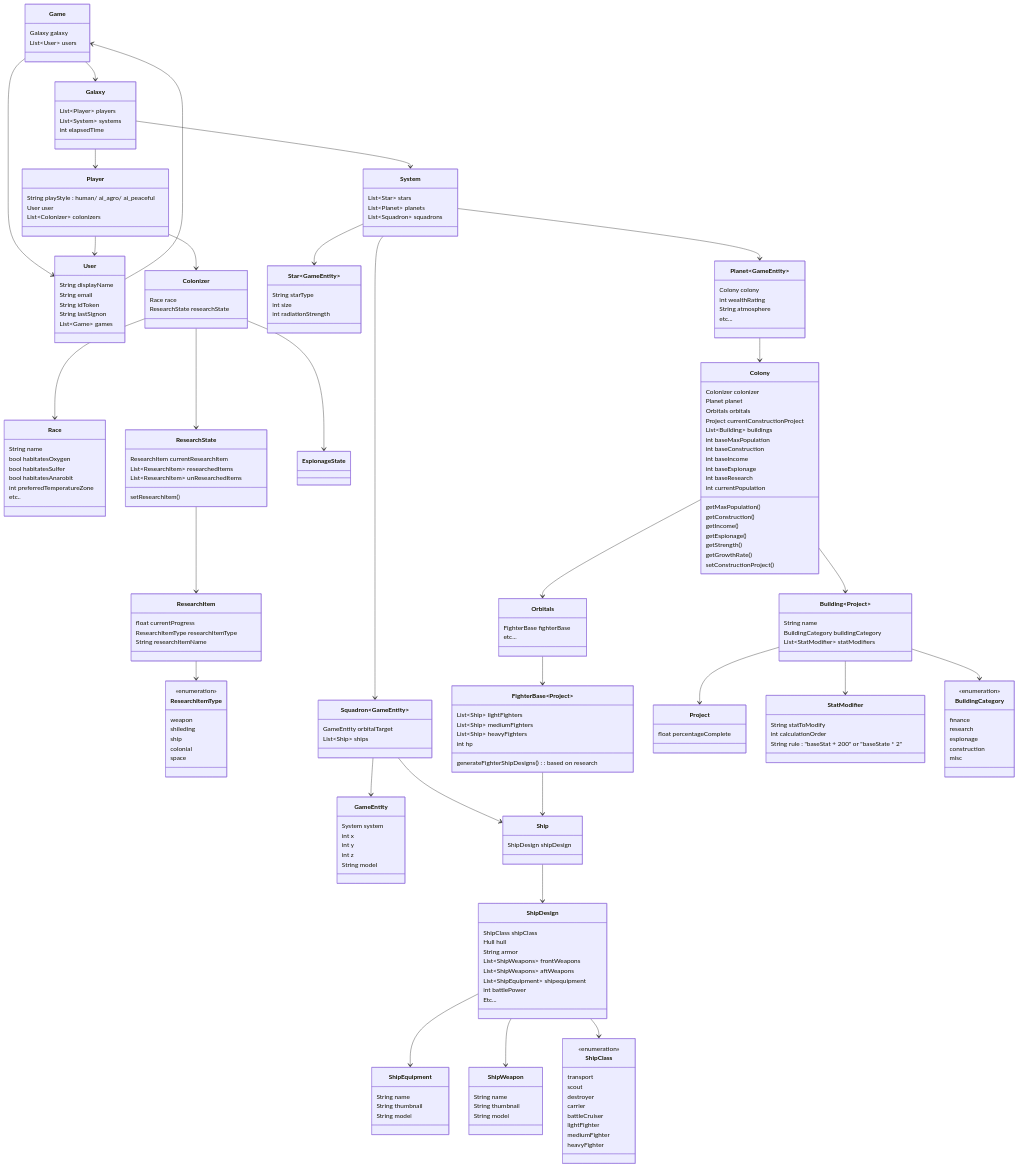
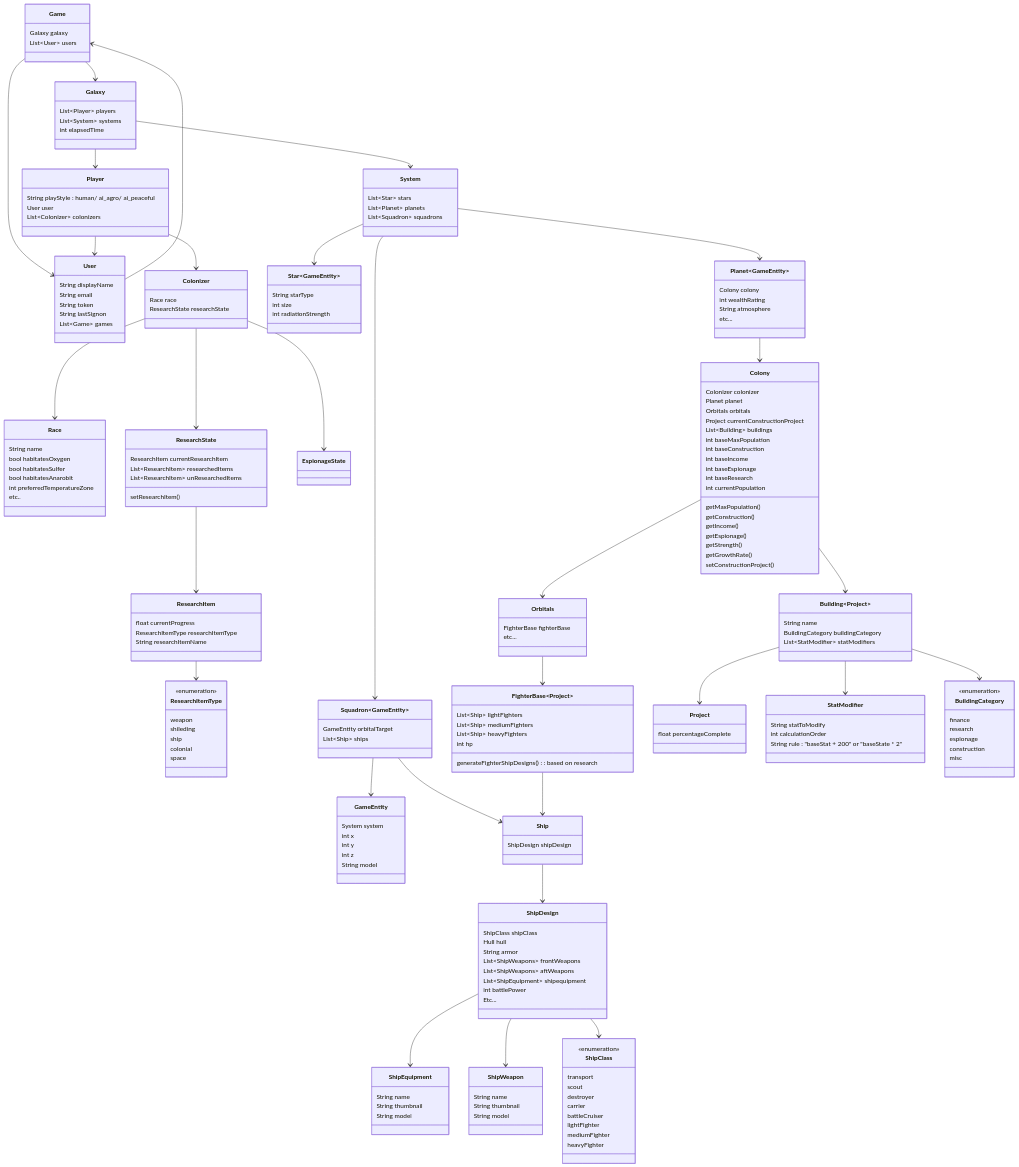
The diagram in complete_domain_model.md (TriNetCo/pax-imperia-web), drawn with Mermaid before and after one commit. The commit also changed 18 other files, not shown here.

```diff
--- a/complete_domain_model.md
+++ b/complete_domain_model.md
@@ -55,7 +55,7 @@
   class User {
     String displayName
     String email
-    String idToken
+    String token
     String lastSignon
     List~Game~ games
   }
```
